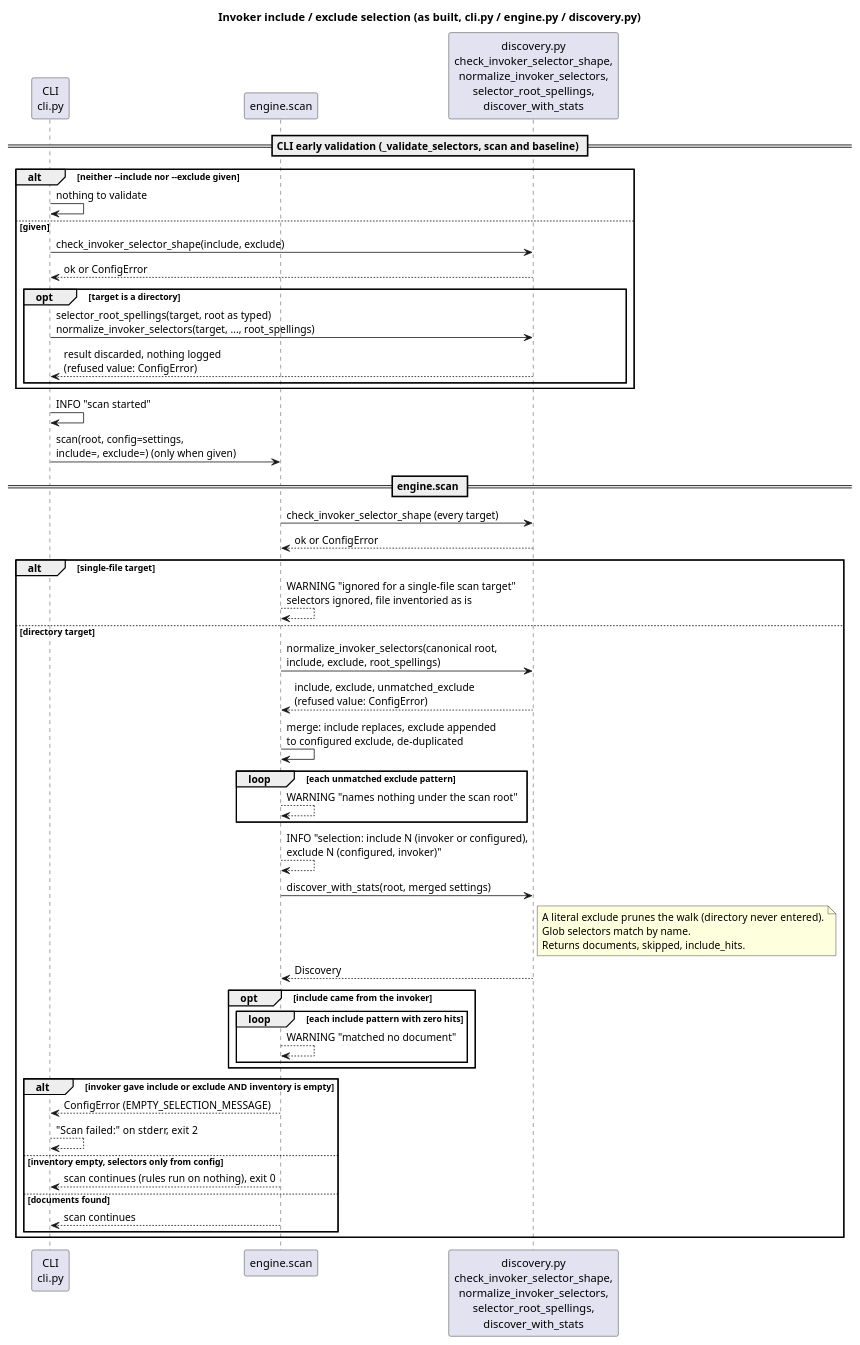
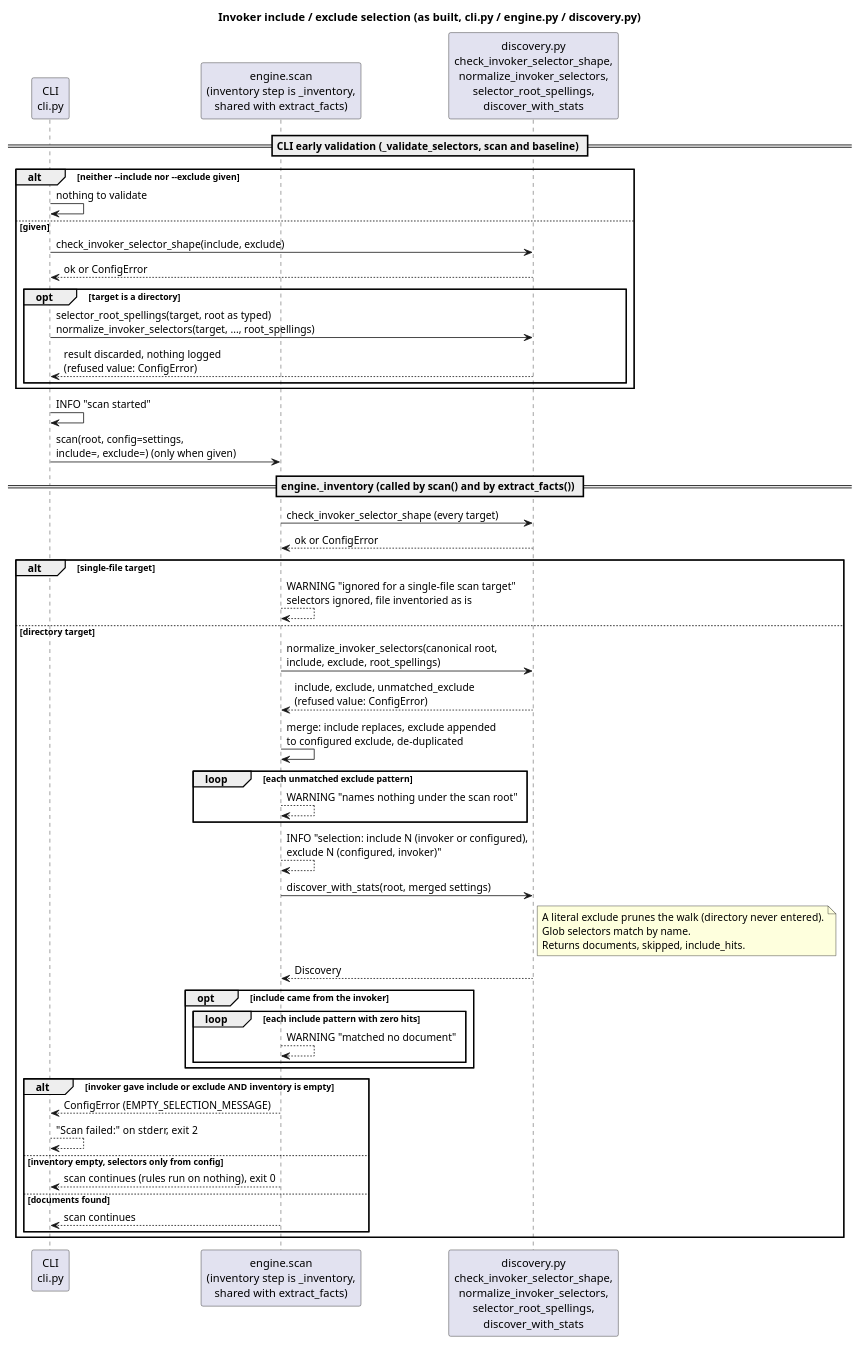
Before and after one commit to yuchdev/DocSentinel: the diagram in docs/diagrams/sequence/scan-selection/scan-selection.puml, drawn with PlantUML. The commit also changed 198 other files, not shown here.

```diff
--- a/docs/diagrams/sequence/scan-selection/scan-selection.puml
+++ b/docs/diagrams/sequence/scan-selection/scan-selection.puml
@@ -1,58 +1,58 @@
 @startuml scan-selection
 title Invoker include / exclude selection (as built, cli.py / engine.py / discovery.py)
 skinparam shadowing false
 skinparam sequenceMessageAlign left
 
 participant "CLI\ncli.py" as cli
-participant "engine.scan" as engine
+participant "engine.scan\n(inventory step is _inventory,\nshared with extract_facts)" as engine
 participant "discovery.py\ncheck_invoker_selector_shape,\nnormalize_invoker_selectors,\nselector_root_spellings,\ndiscover_with_stats" as disc
 
 == CLI early validation (_validate_selectors, scan and baseline) ==
 alt neither ~-~-include nor ~-~-exclude given
   cli -> cli : nothing to validate
 else given
   cli -> disc : check_invoker_selector_shape(include, exclude)
   disc --> cli : ok or ConfigError
   opt target is a directory
     cli -> disc : selector_root_spellings(target, root as typed)\nnormalize_invoker_selectors(target, ..., root_spellings)
     disc --> cli : result discarded, nothing logged\n(refused value: ConfigError)
   end
 end
 cli -> cli : INFO "scan started"
 cli -> engine : scan(root, config=settings,\ninclude=, exclude=) (only when given)
 
-== engine.scan ==
+== engine._inventory (called by scan() and by extract_facts()) ==
 engine -> disc : check_invoker_selector_shape (every target)
 disc --> engine : ok or ConfigError
 alt single-file target
   engine --> engine : WARNING "ignored for a single-file scan target"\nselectors ignored, file inventoried as is
 else directory target
   engine -> disc : normalize_invoker_selectors(canonical root,\ninclude, exclude, root_spellings)
   disc --> engine : include, exclude, unmatched_exclude\n(refused value: ConfigError)
   engine -> engine : merge: include replaces, exclude appended\nto configured exclude, de-duplicated
   loop each unmatched exclude pattern
     engine --> engine : WARNING "names nothing under the scan root"
   end
   engine --> engine : INFO "selection: include N (invoker or configured),\nexclude N (configured, invoker)"
   engine -> disc : discover_with_stats(root, merged settings)
   note right of disc
     A literal exclude prunes the walk (directory never entered).
     Glob selectors match by name.
     Returns documents, skipped, include_hits.
   end note
   disc --> engine : Discovery
   opt include came from the invoker
     loop each include pattern with zero hits
       engine --> engine : WARNING "matched no document"
     end
   end
   alt invoker gave include or exclude AND inventory is empty
     engine --> cli : ConfigError (EMPTY_SELECTION_MESSAGE)
     cli --> cli : "Scan failed:" on stderr, exit 2
   else inventory empty, selectors only from config
     engine --> cli : scan continues (rules run on nothing), exit 0
   else documents found
     engine --> cli : scan continues
   end
 end
 @enduml
```
